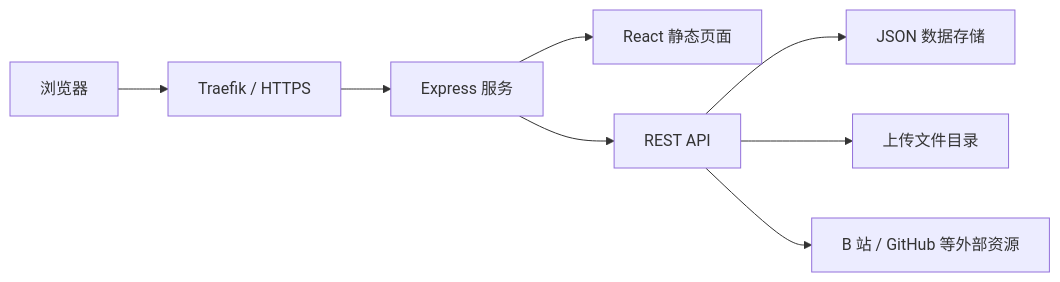
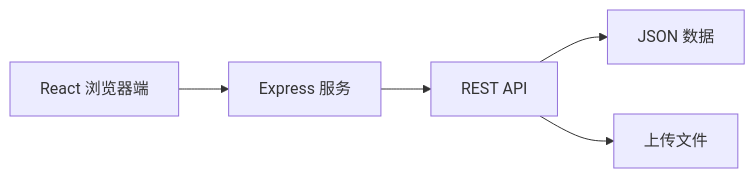
The diagram in README.md (Ceprin11/DHU-AILAB-HomePage), drawn with Mermaid before and after one commit. The commit also changed other lines of this file, not shown here.

````diff
--- a/README.md
+++ b/README.md
@@ -77,19 +23,13 @@
 ```mermaid
 flowchart LR
-    Browser[浏览器]
-    Proxy[Traefik / HTTPS]
-    Express[Express 服务]
-    React[React 静态页面]
+    Browser[React 浏览器端]
+    Server[Express 服务]
     API[REST API]
-    Store[JSON 数据存储]
-    Uploads[上传文件目录]
-    External[B 站 / GitHub 等外部资源]
+    Store[JSON 数据]
+    Uploads[上传文件]
 
-    Browser --> Proxy
-    Proxy --> Express
-    Express --> React
-    Express --> API
+    Browser --> Server
+    Server --> API
     API --> Store
     API --> Uploads
-    API --> External
 ```
````
